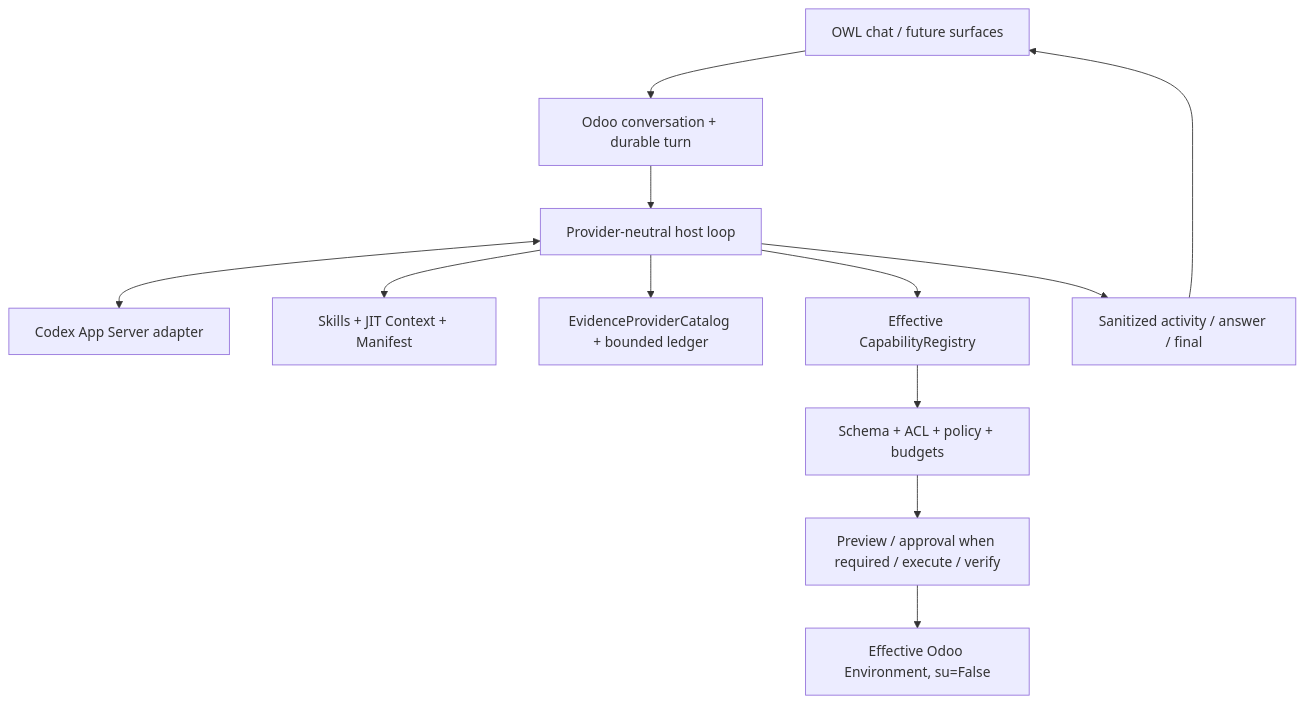
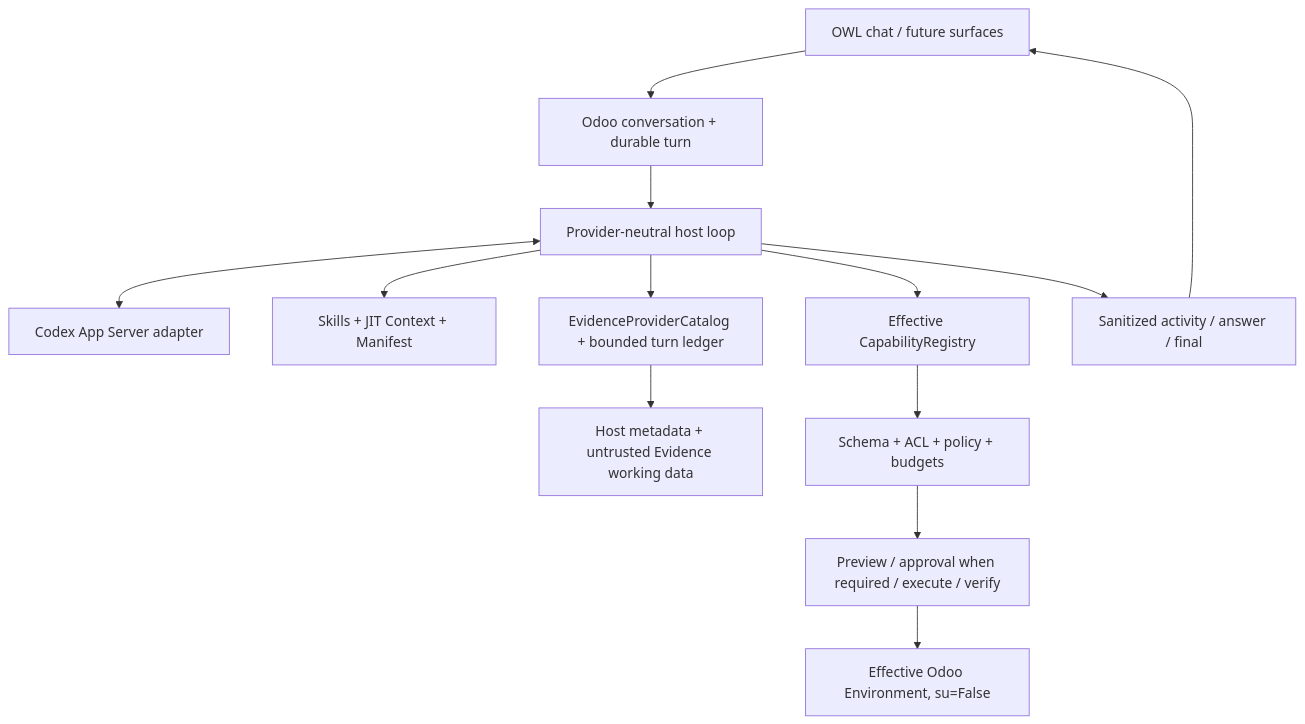
Before and after one commit to CPX-001/ai-odoo-assistant: the diagram in README.md, drawn with Mermaid. The commit also changed other lines of this file, not shown here.

Commit message:
docs(p8): align root README with reconciled evidence checkpoint

````diff
--- a/README.md
+++ b/README.md
@@ -51,14 +51,15 @@
 ```mermaid
 flowchart TB
     UI[OWL chat / future surfaces] --> TURN[Odoo conversation + durable turn]
     TURN --> HOST[Provider-neutral host loop]
     HOST <--> MODEL[Codex App Server adapter]
     HOST --> EXT[Skills + JIT Context + Manifest]
-    HOST --> EVIDENCE[EvidenceProviderCatalog + bounded ledger]
+    HOST --> EVIDENCE[EvidenceProviderCatalog + bounded turn ledger]
+    EVIDENCE --> EDATA[Host metadata + untrusted Evidence working data]
     HOST --> CAPS[Effective CapabilityRegistry]
     CAPS --> POLICY[Schema + ACL + policy + budgets]
     POLICY --> EFFECT[Preview / approval when required / execute / verify]
     EFFECT --> ORM[Effective Odoo Environment, su=False]
     HOST --> PUBLIC[Sanitized activity / answer / final]
     PUBLIC --> UI
 ```
````
